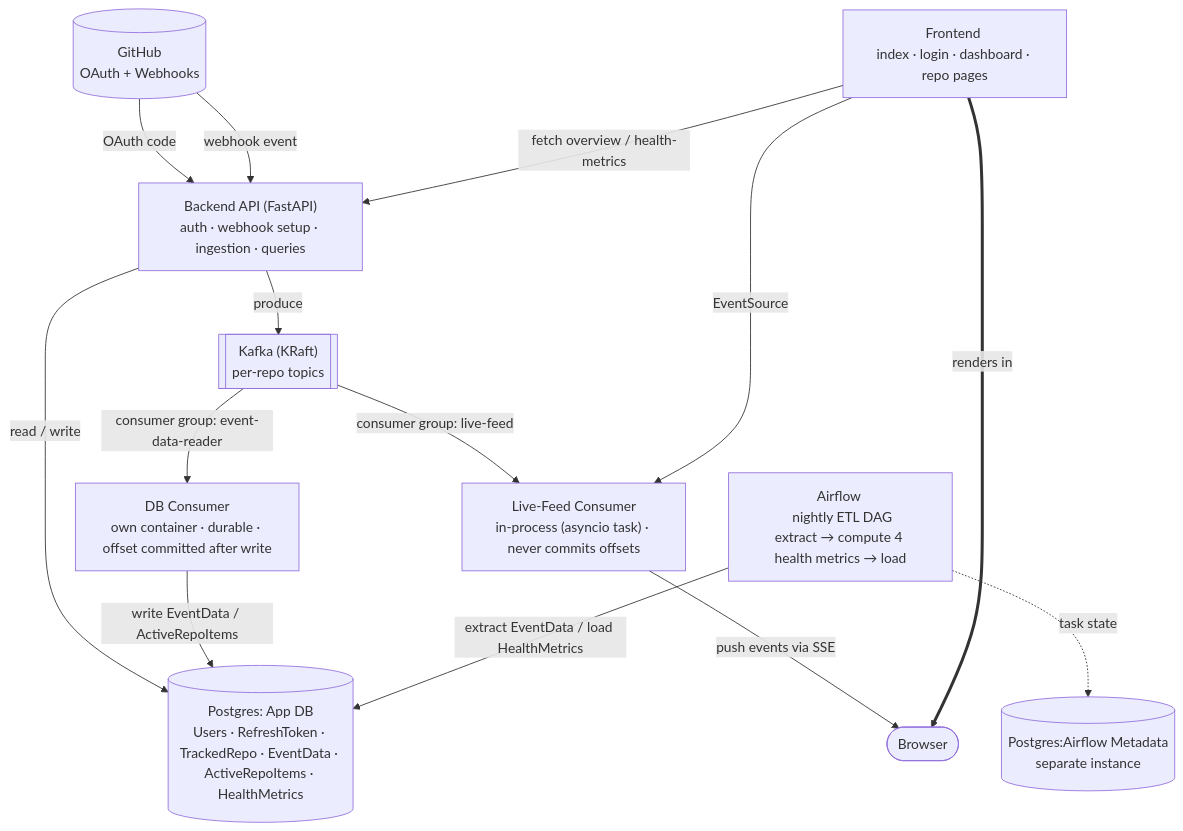
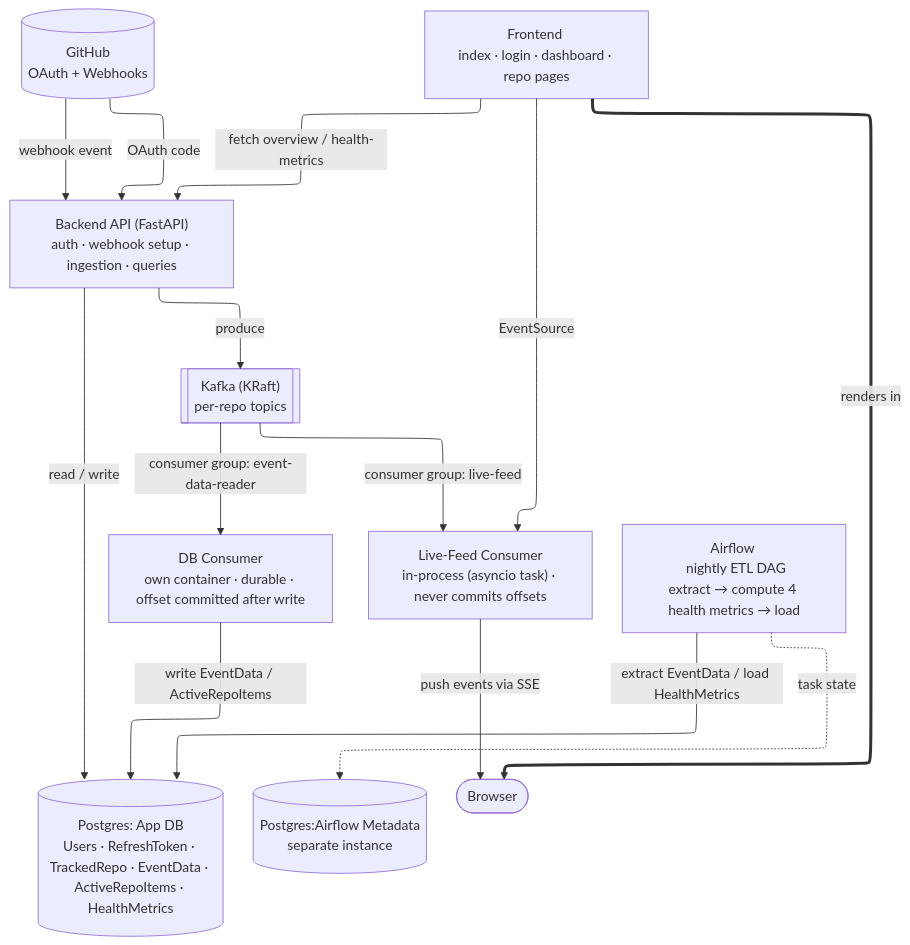
One commit to DemiGod108/Repo-Signals changed the diagram in readme.md. Above: the diagram before and after it, drawn with Mermaid.

Commit message:
fix: small change in the system arch code to render it properly

````diff
--- a/readme.md
+++ b/readme.md
@@ -7,39 +7,39 @@
 ```mermaid
-
+%%{init: {"flowchart": {"defaultRenderer": "elk"}} }%%
 flowchart TB
     GH[("GitHub<br/>OAuth + Webhooks")]
 
     BACKEND["Backend API (FastAPI)<br/>auth · webhook setup · ingestion · queries"]
 
     KAFKA[["Kafka (KRaft)<br/>per-repo topics"]]
 
     DBCONSUMER["DB Consumer<br/>own container · durable · offset committed after write"]
     LIVECONSUMER["Live-Feed Consumer<br/>in-process (asyncio task) · never commits offsets"]
 
     APPDB[("Postgres: App DB<br/>Users · RefreshToken · TrackedRepo · EventData · ActiveRepoItems · HealthMetrics")]
     AFDB[("Postgres:Airflow Metadata<br/>separate instance")]
 
     AIRFLOW["Airflow <br> nightly ETL DAG<br/>extract → compute 4 health metrics → load"]
 
     FRONTEND["Frontend <br/>index · login · dashboard · repo pages"]
     BROWSER(["Browser"])
 
     GH -- "OAuth code" --> BACKEND
     GH -- "webhook event" --> BACKEND
     BACKEND -- "produce" --> KAFKA
     BACKEND -- "read / write" --> APPDB
 
     KAFKA -- "consumer group: event-data-reader" --> DBCONSUMER
     KAFKA -- "consumer group: live-feed" --> LIVECONSUMER
 
     DBCONSUMER -- "write EventData / ActiveRepoItems" --> APPDB
     LIVECONSUMER -- "push events via SSE" --> BROWSER
 
     AIRFLOW -- "extract EventData / load HealthMetrics" --> APPDB
     AIRFLOW -. "task state" .-> AFDB
 
     FRONTEND -- "fetch overview / health-metrics" --> BACKEND
     FRONTEND -- "EventSource" --> LIVECONSUMER
     FRONTEND == "renders in" ==> BROWSER
 
 ```
````
